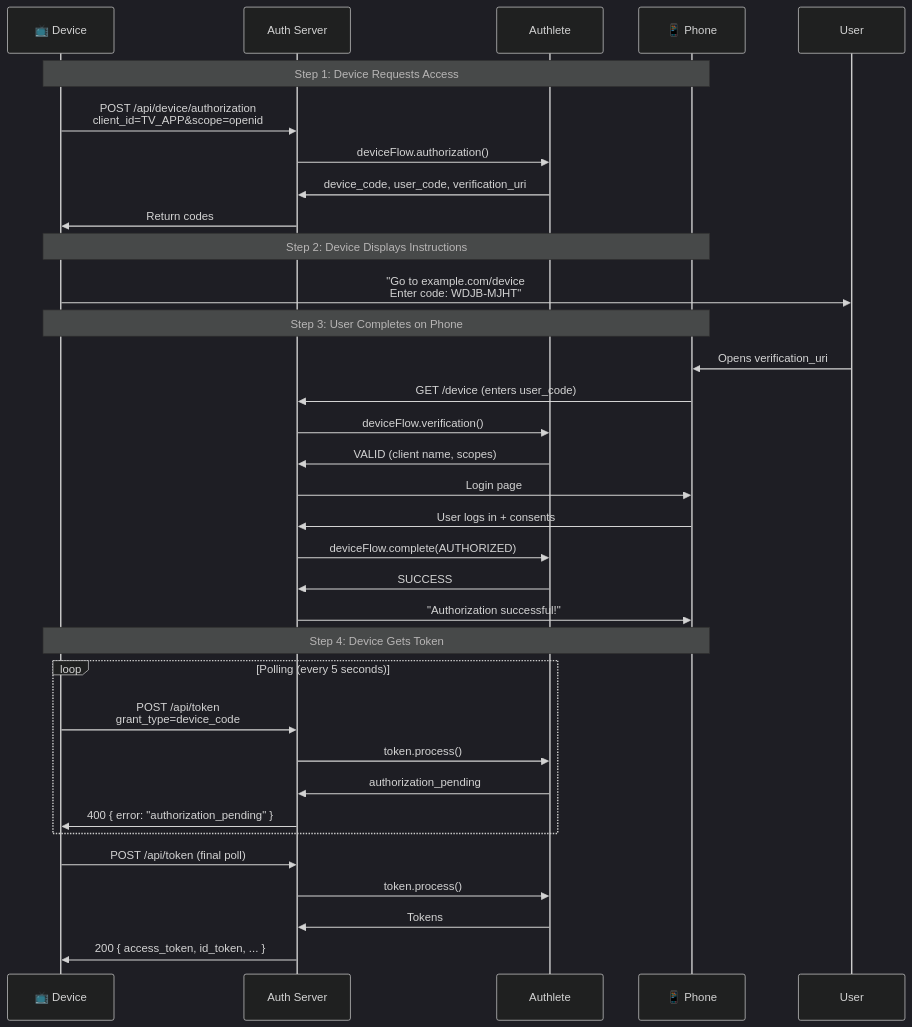
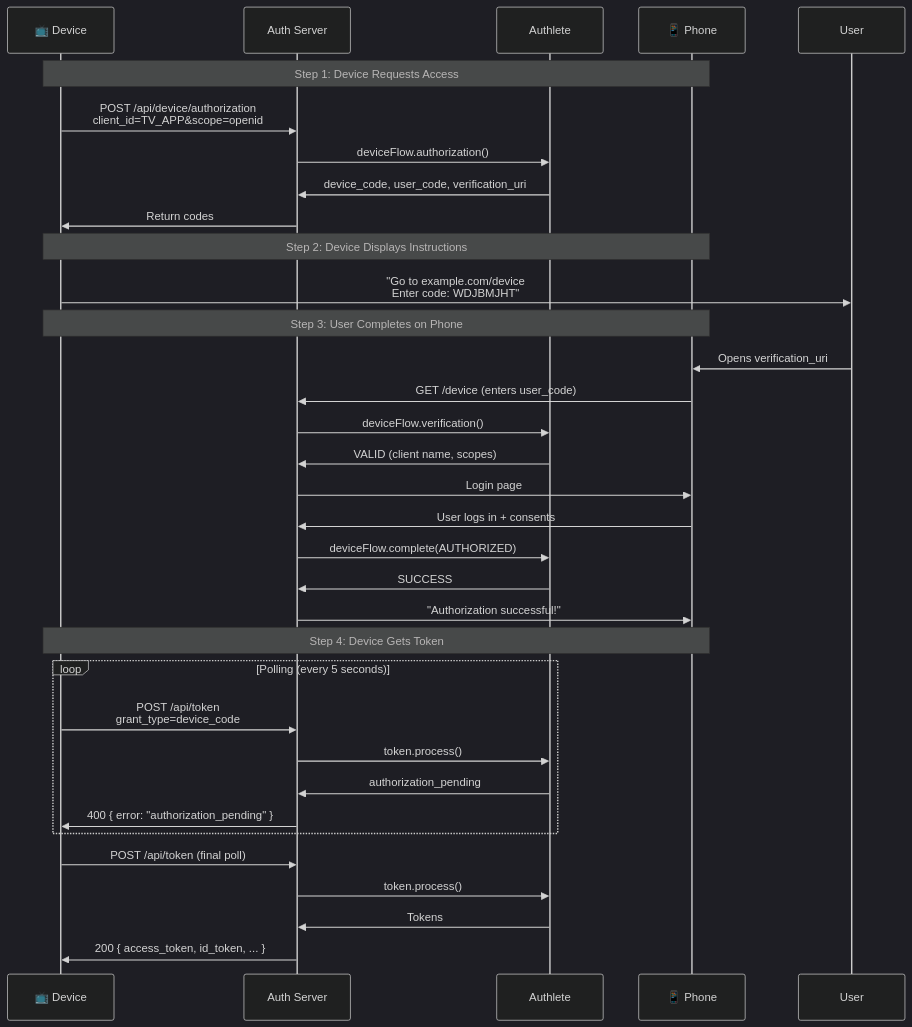
The third of 5 diagrams in docs/DEVICE-FLOW-TUTORIAL.md (blackadi/OAUTH2.0), drawn with Mermaid before and after one commit. The commit also changed other lines of this file and 2 other files, not shown here.

First line of the commit message:
docs(device-flow): correct RFC 8628 and Authlete specifics

````diff
--- a/docs/DEVICE-FLOW-TUTORIAL.md
+++ b/docs/DEVICE-FLOW-TUTORIAL.md
@@ -92,40 +92,40 @@
 ```mermaid
 %%{init: {'theme': 'dark'}}%%
 sequenceDiagram
     participant Device as 📺 Device
     participant Server as Auth Server
     participant Authlete
     participant Phone as 📱 Phone
 
     Note over Device,Phone: Step 1: Device Requests Access
     Device->>Server: POST /api/device/authorization<br/>client_id=TV_APP&scope=openid
     Server->>Authlete: deviceFlow.authorization()
     Authlete->>Server: device_code, user_code, verification_uri
     Server->>Device: Return codes
 
     Note over Device,Phone: Step 2: Device Displays Instructions
-    Device->>User: "Go to example.com/device<br/>Enter code: WDJB-MJHT"
+    Device->>User: "Go to example.com/device<br/>Enter code: WDJBMJHT"
 
     Note over Device,Phone: Step 3: User Completes on Phone
     User->>Phone: Opens verification_uri
     Phone->>Server: GET /device (enters user_code)
     Server->>Authlete: deviceFlow.verification()
     Authlete->>Server: VALID (client name, scopes)
     Server->>Phone: Login page
     Phone->>Server: User logs in + consents
     Server->>Authlete: deviceFlow.complete(AUTHORIZED)
     Authlete->>Server: SUCCESS
     Server->>Phone: "Authorization successful!"
 
     Note over Device,Phone: Step 4: Device Gets Token
     loop Polling (every 5 seconds)
         Device->>Server: POST /api/token<br/>grant_type=device_code
         Server->>Authlete: token.process()
         Authlete->>Server: authorization_pending
         Server->>Device: 400 { error: "authorization_pending" }
     end
     Device->>Server: POST /api/token (final poll)
     Server->>Authlete: token.process()
     Authlete->>Server: Tokens
     Server->>Device: 200 { access_token, id_token, ... }
 ```
````
